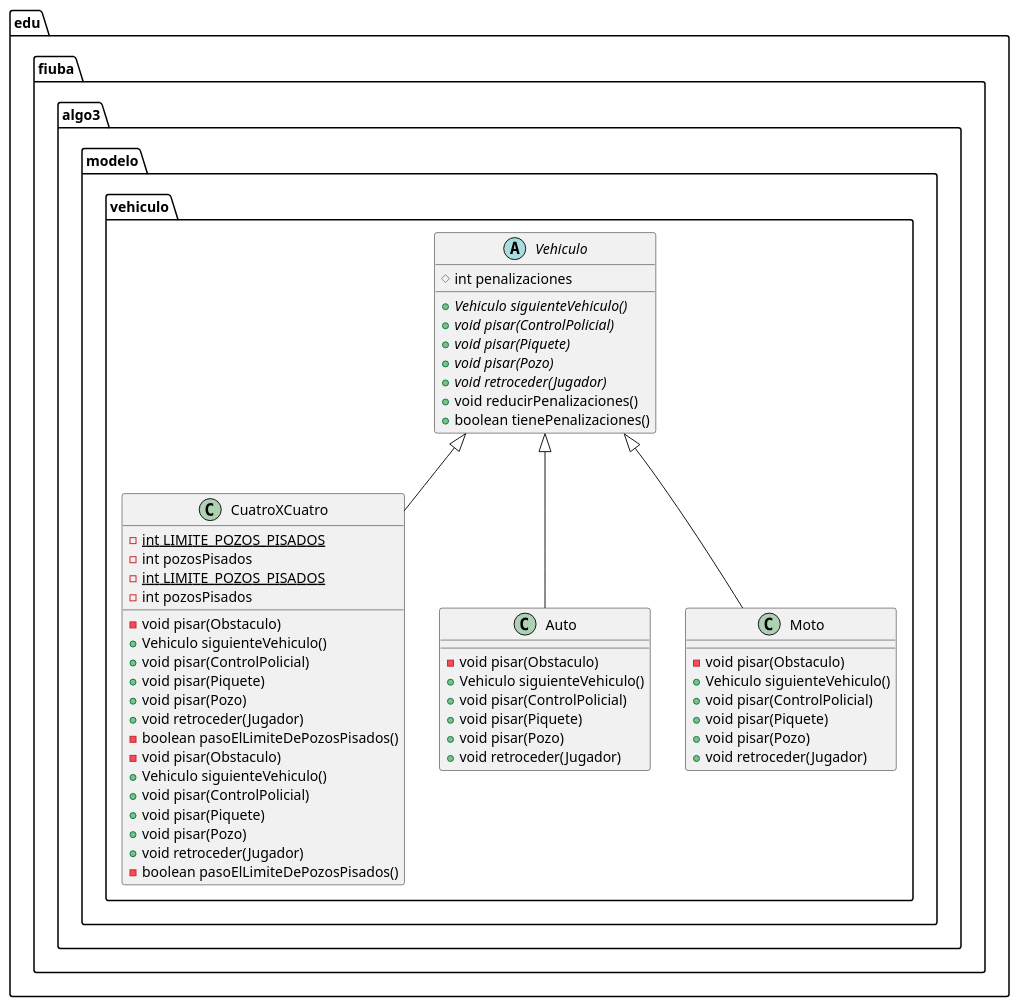
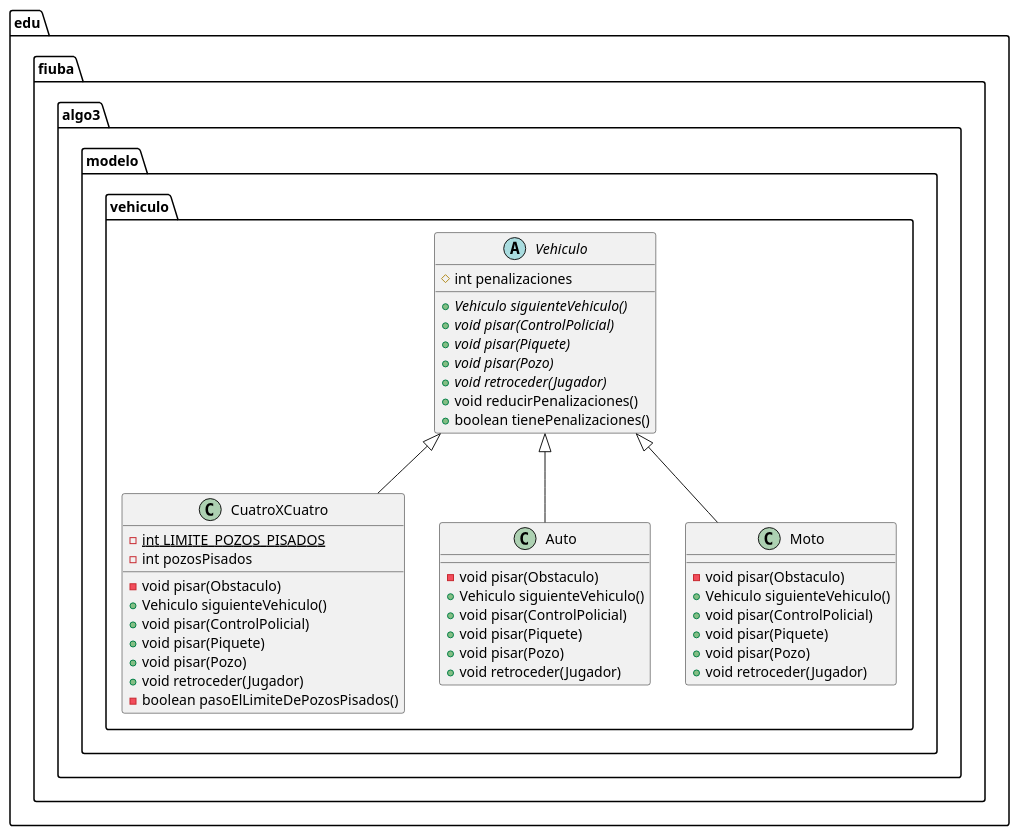
Before and after one commit to Pablo1107/algo3-tp2: the first of 15 diagrams in informe.org, drawn with PlantUML. The commit also changed other lines of this file and 7 other files, not shown here.

```diff
--- a/informe.org
+++ b/informe.org
@@ -114,54 +114,43 @@
 #+begin_src plantuml :file ./diagramas/clases-vehiculo.png
 class edu.fiuba.algo3.modelo.vehiculo.CuatroXCuatro {
 - {static} int LIMITE_POZOS_PISADOS
 - int pozosPisados
 - void pisar(Obstaculo)
 + Vehiculo siguienteVehiculo()
 + void pisar(ControlPolicial)
 + void pisar(Piquete)
 + void pisar(Pozo)
 + void retroceder(Jugador)
 - boolean pasoElLimiteDePozosPisados()
 }
 class edu.fiuba.algo3.modelo.vehiculo.Auto {
 - void pisar(Obstaculo)
 + Vehiculo siguienteVehiculo()
 + void pisar(ControlPolicial)
 + void pisar(Piquete)
 + void pisar(Pozo)
 + void retroceder(Jugador)
 }
 class edu.fiuba.algo3.modelo.vehiculo.Moto {
 - void pisar(Obstaculo)
 + Vehiculo siguienteVehiculo()
 + void pisar(ControlPolicial)
 + void pisar(Piquete)
 + void pisar(Pozo)
 + void retroceder(Jugador)
 }
 abstract class edu.fiuba.algo3.modelo.vehiculo.Vehiculo {
 # int penalizaciones
 + {abstract}Vehiculo siguienteVehiculo()
 + {abstract}void pisar(ControlPolicial)
 + {abstract}void pisar(Piquete)
 + {abstract}void pisar(Pozo)
 + {abstract}void retroceder(Jugador)
 + void reducirPenalizaciones()
 + boolean tienePenalizaciones()
 }
-class edu.fiuba.algo3.modelo.vehiculo.CuatroXCuatro {
-- {static} int LIMITE_POZOS_PISADOS
-- int pozosPisados
-- void pisar(Obstaculo)
-+ Vehiculo siguienteVehiculo()
-+ void pisar(ControlPolicial)
-+ void pisar(Piquete)
-+ void pisar(Pozo)
-+ void retroceder(Jugador)
-- boolean pasoElLimiteDePozosPisados()
-}
 
 edu.fiuba.algo3.modelo.vehiculo.Vehiculo <|-- edu.fiuba.algo3.modelo.vehiculo.CuatroXCuatro
 edu.fiuba.algo3.modelo.vehiculo.Vehiculo <|-- edu.fiuba.algo3.modelo.vehiculo.Auto
 edu.fiuba.algo3.modelo.vehiculo.Vehiculo <|-- edu.fiuba.algo3.modelo.vehiculo.Moto
 #+end_src
```
